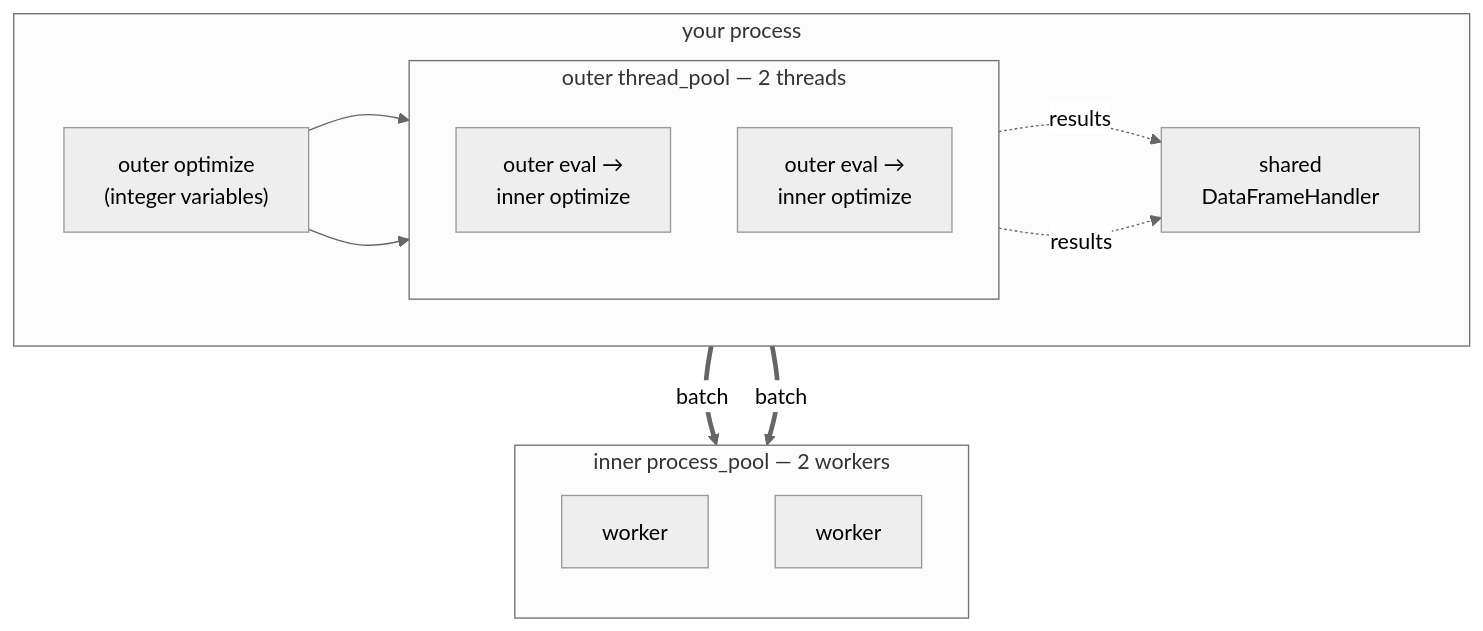
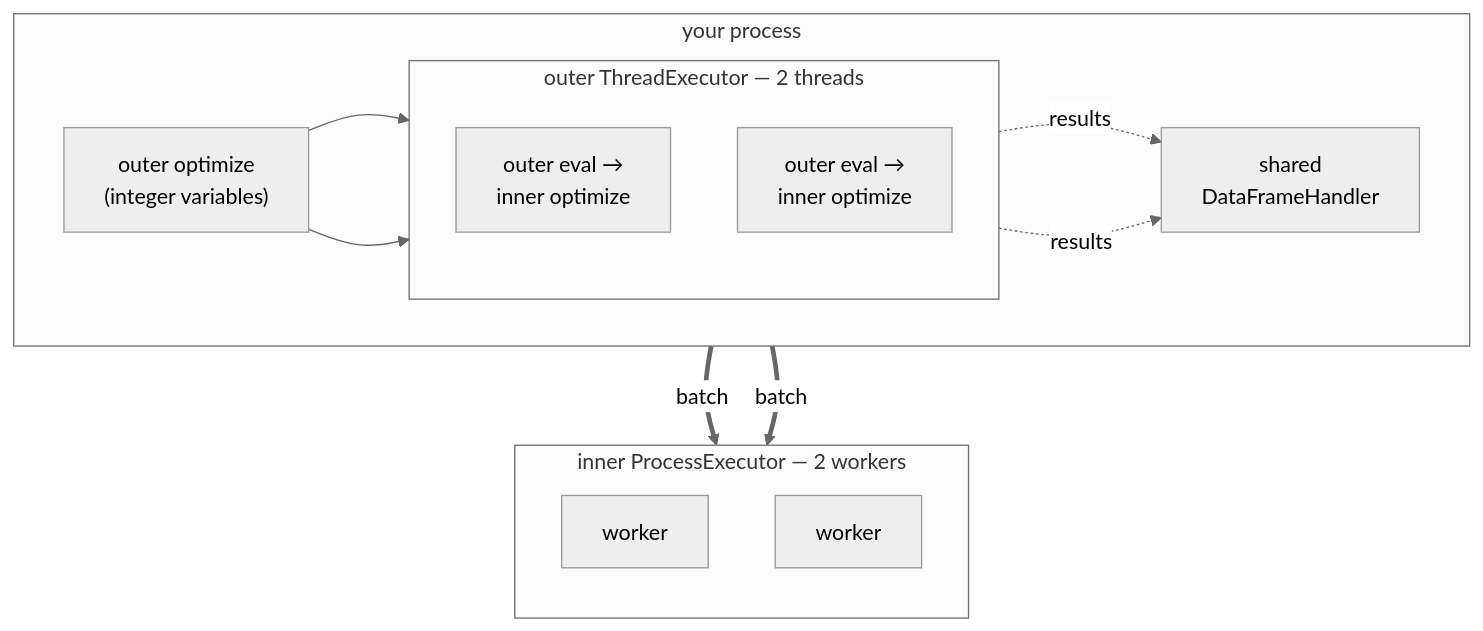
The diagram in docs/running/nested.md (TNO-ropt/ropt), drawn with Mermaid (neutral theme) before and after one commit. The commit also changed other lines of this file and 51 other files, not shown here.

````diff
--- a/docs/running/nested.md
+++ b/docs/running/nested.md
@@ -23,24 +23,24 @@
 ```mermaid
 flowchart TB
     subgraph proc["your process"]
         direction LR
         outer["outer optimize<br/>(integer variables)"]
-        subgraph tpool["outer thread_pool — 2 threads"]
+        subgraph touter["outer ThreadExecutor — 2 threads"]
             direction TB
             in1["outer eval →<br/>inner optimize"]
             in2["outer eval →<br/>inner optimize"]
         end
         grp["shared<br/>DataFrameHandler"]
         outer --> in1
         outer --> in2
         in1 -.->|"results"| grp
         in2 -.->|"results"| grp
     end
-    subgraph ppool["inner process_pool — 2 workers"]
+    subgraph pinner["inner ProcessExecutor — 2 workers"]
         direction TB
         w1["worker"]
         w2["worker"]
     end
     in1 ==>|"batch"| w1
     in2 ==>|"batch"| w2
 ```
````
